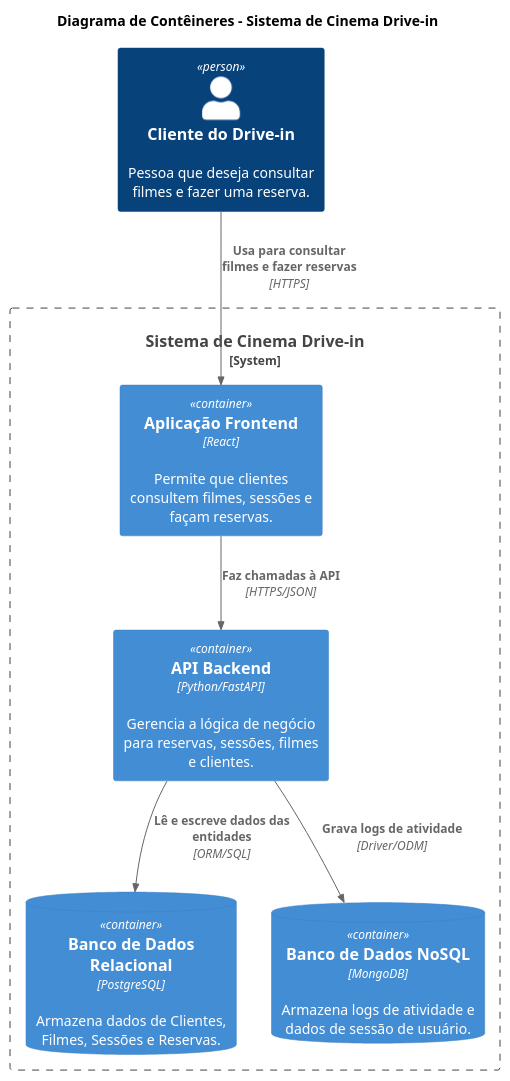
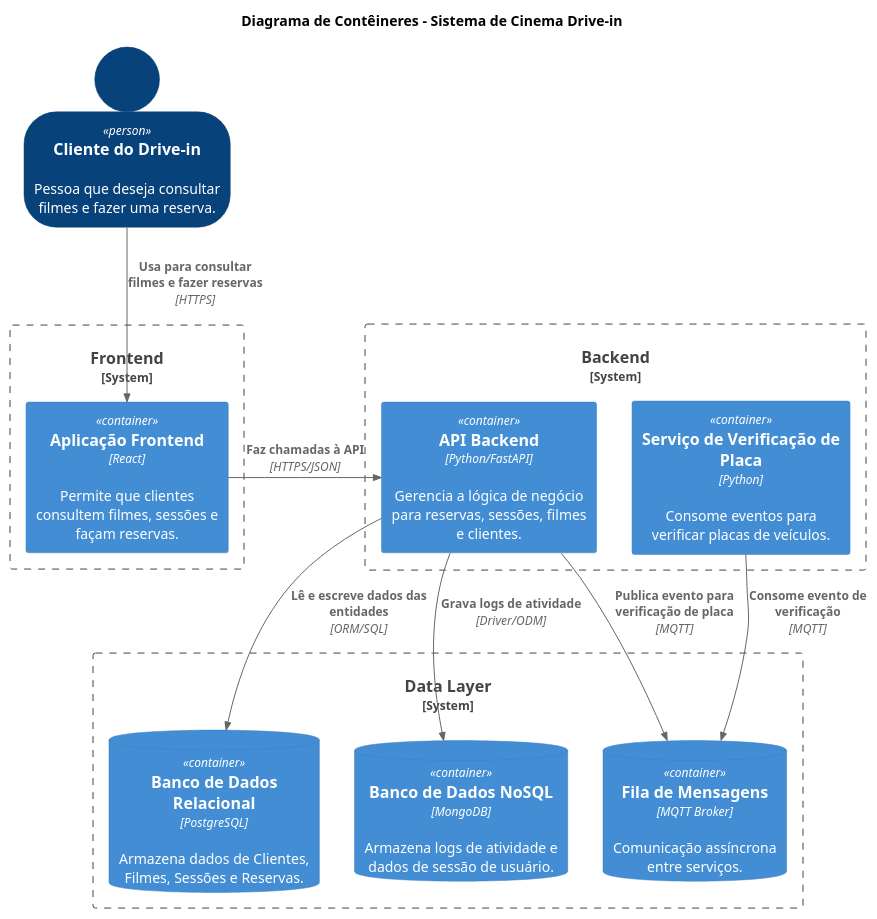
One commit to SPD-BES-2025-3/grupo2 changed the diagram in docs/diagrams/containers.puml. Above: the diagram before and after it, drawn with PlantUML. The commit also changed 1 other file, not shown here.

Commit message:
Add plate verification system to containers diagram

```diff
--- a/docs/diagrams/containers.puml
+++ b/docs/diagrams/containers.puml
@@ -1,19 +1,33 @@
 @startuml
 !include https://raw.githubusercontent.com/plantuml-stdlib/C4-PlantUML/master/C4_Container.puml
+
+top to bottom direction
+SHOW_PERSON_OUTLINE()
 
 title Diagrama de Contêineres - Sistema de Cinema Drive-in
 
 Person(cliente, "Cliente do Drive-in", "Pessoa que deseja consultar filmes e fazer uma reserva.")
 
-System_Boundary(drivein_system, "Sistema de Cinema Drive-in") {
+System_Boundary(front, "Frontend") {
     Container(frontend, "Aplicação Frontend", "React", "Permite que clientes consultem filmes, sessões e façam reservas.")
+}
+
+System_Boundary(back, "Backend") {
     Container(backend, "API Backend", "Python/FastAPI", "Gerencia a lógica de negócio para reservas, sessões, filmes e clientes.")
+    Container(plate_verifier, "Serviço de Verificação de Placa", "Python", "Consome eventos para verificar placas de veículos.")
+}
+
+System_Boundary(data, "Data Layer") {
     ContainerDb(postgres, "Banco de Dados Relacional", "PostgreSQL", "Armazena dados de Clientes, Filmes, Sessões e Reservas.")
     ContainerDb(mongodb, "Banco de Dados NoSQL", "MongoDB", "Armazena logs de atividade e dados de sessão de usuário.")
+    ContainerDb(message_queue, "Fila de Mensagens", "MQTT Broker", "Comunicação assíncrona entre serviços.")
 }
 
 Rel(cliente, frontend, "Usa para consultar filmes e fazer reservas", "HTTPS")
-Rel(frontend, backend, "Faz chamadas à API", "HTTPS/JSON")
+Rel_R(frontend, backend, "Faz chamadas à API", "HTTPS/JSON")
 Rel(backend, postgres, "Lê e escreve dados das entidades", "ORM/SQL")
 Rel(backend, mongodb, "Grava logs de atividade", "Driver/ODM")
+Rel(backend, message_queue, "Publica evento para verificação de placa", "MQTT")
+Rel(plate_verifier, message_queue, "Consome evento de verificação", "MQTT")
+
 @enduml
```
